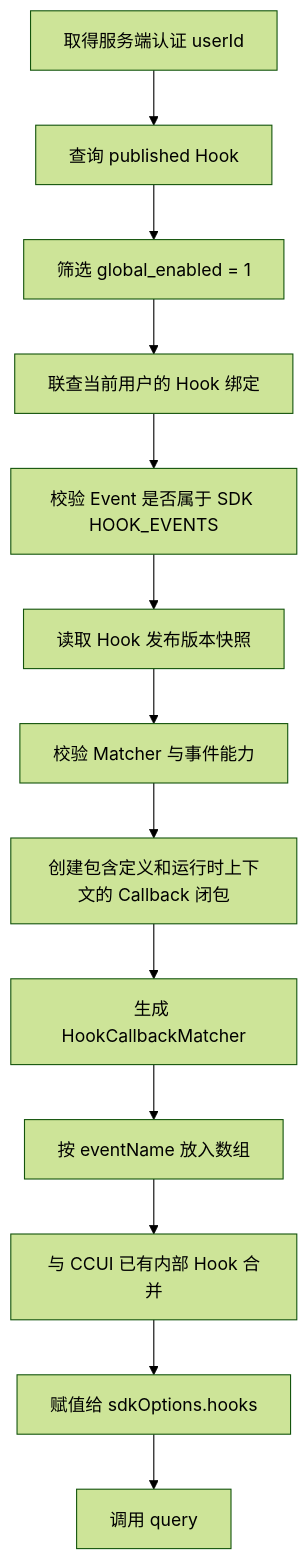
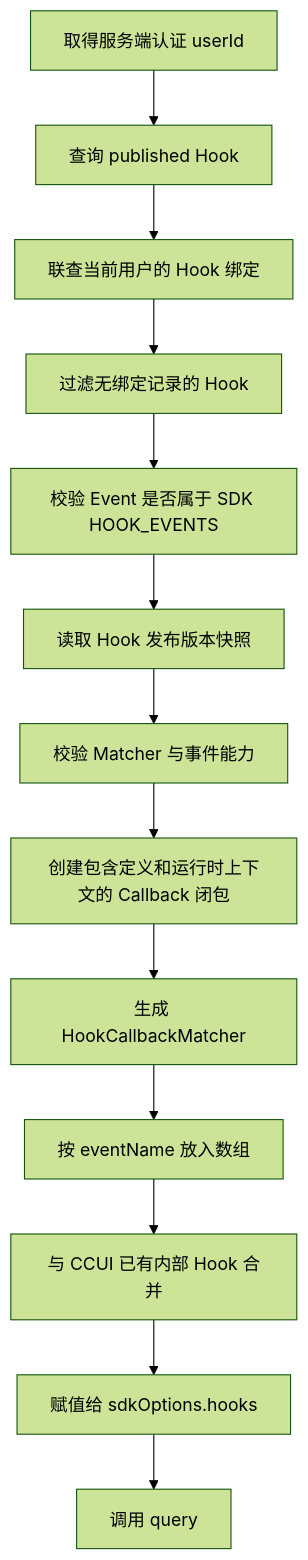
One commit to Huijie-Qin/claudecodeui changed the second of 4 diagrams in docs/Hook需求设计方案.md. Above: the diagram before and after it, drawn with Mermaid (forest theme). The commit also changed other lines of this file and 9 other files, not shown here.

```diff
--- a/docs/Hook需求设计方案.md
+++ b/docs/Hook需求设计方案.md
@@ -1094,15 +1098,15 @@
 ~~~mermaid
 flowchart TD
   A["取得服务端认证 userId"] --> B["查询 published Hook"]
-  B --> C["筛选 global_enabled = 1"]
-  C --> D["联查当前用户的 Hook 绑定"]
+  B --> C["联查当前用户的 Hook 绑定"]
+  C --> D["过滤无绑定记录的 Hook"]
   D --> E["校验 Event 是否属于 SDK HOOK_EVENTS"]
   E --> F["读取 Hook 发布版本快照"]
   F --> G["校验 Matcher 与事件能力"]
   G --> H["创建包含定义和运行时上下文的 Callback 闭包"]
   H --> I["生成 HookCallbackMatcher"]
   I --> J["按 eventName 放入数组"]
   J --> K["与 CCUI 已有内部 Hook 合并"]
   K --> L["赋值给 sdkOptions.hooks"]
   L --> M["调用 query"]
 ~~~
```
